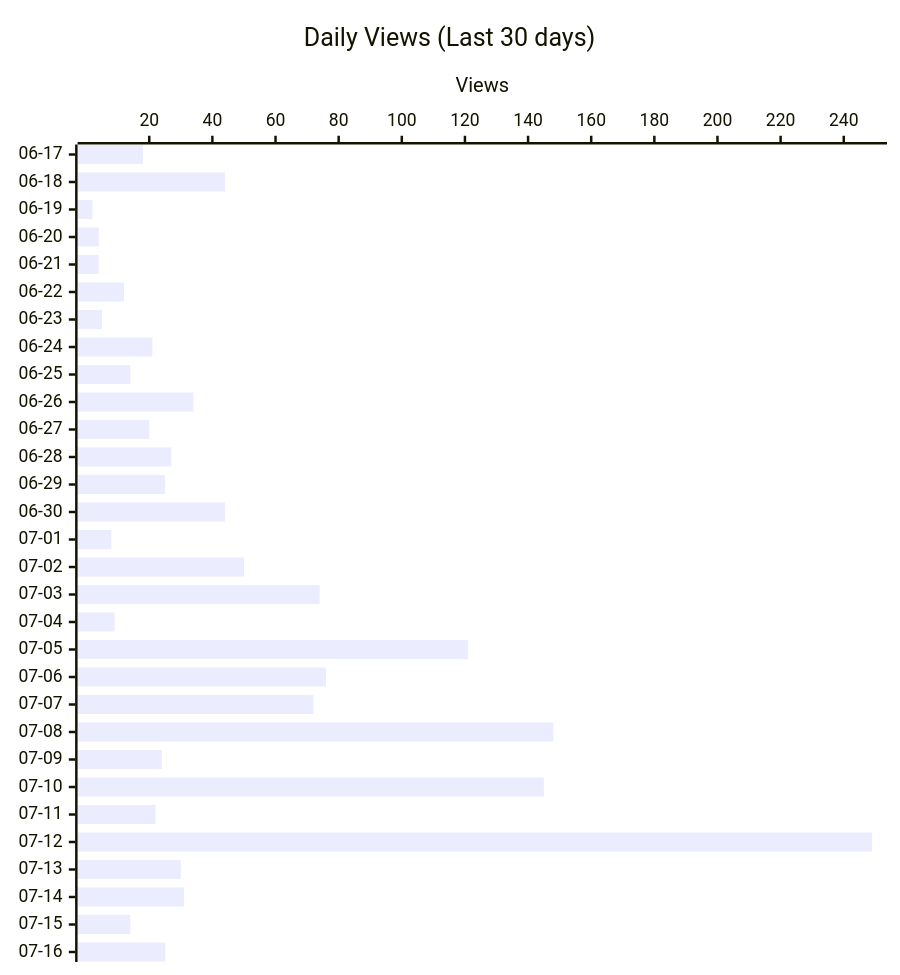
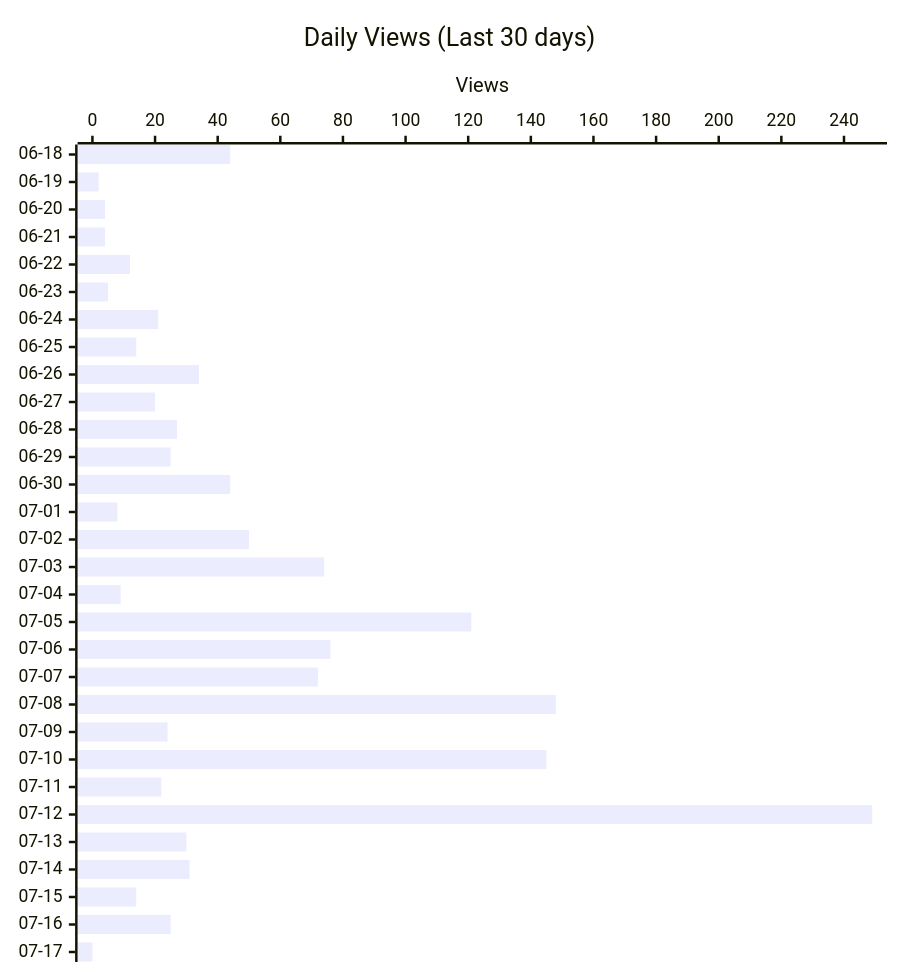
Before and after one commit to shigechika/github-insights: the second of 4 diagrams in README.md, drawn with Mermaid. The commit also changed other lines of this file and 2 other files, not shown here.

````diff
--- a/README.md
+++ b/README.md
@@ -28,12 +28,12 @@
 ```mermaid
 ---
 config:
   xyChart:
     height: 760
 ---
 xychart-beta horizontal
     title "Daily Views (Last 30 days)"
-    x-axis ["06-17", "06-18", "06-19", "06-20", "06-21", "06-22", "06-23", "06-24", "06-25", "06-26", "06-27", "06-28", "06-29", "06-30", "07-01", "07-02", "07-03", "07-04", "07-05", "07-06", "07-07", "07-08", "07-09", "07-10", "07-11", "07-12", "07-13", "07-14", "07-15", "07-16"]
+    x-axis ["06-18", "06-19", "06-20", "06-21", "06-22", "06-23", "06-24", "06-25", "06-26", "06-27", "06-28", "06-29", "06-30", "07-01", "07-02", "07-03", "07-04", "07-05", "07-06", "07-07", "07-08", "07-09", "07-10", "07-11", "07-12", "07-13", "07-14", "07-15", "07-16", "07-17"]
     y-axis "Views"
-    bar [18, 44, 2, 4, 4, 12, 5, 21, 14, 34, 20, 27, 25, 44, 8, 50, 74, 9, 121, 76, 72, 148, 24, 145, 22, 249, 30, 31, 14, 25]
+    bar [44, 2, 4, 4, 12, 5, 21, 14, 34, 20, 27, 25, 44, 8, 50, 74, 9, 121, 76, 72, 148, 24, 145, 22, 249, 30, 31, 14, 25, 0]
 ```
````
